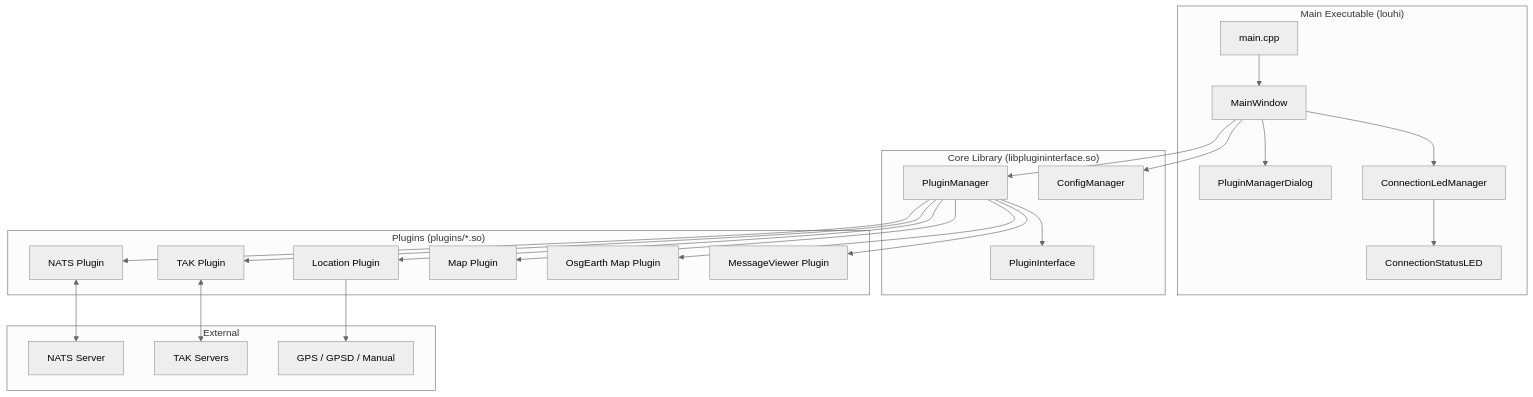
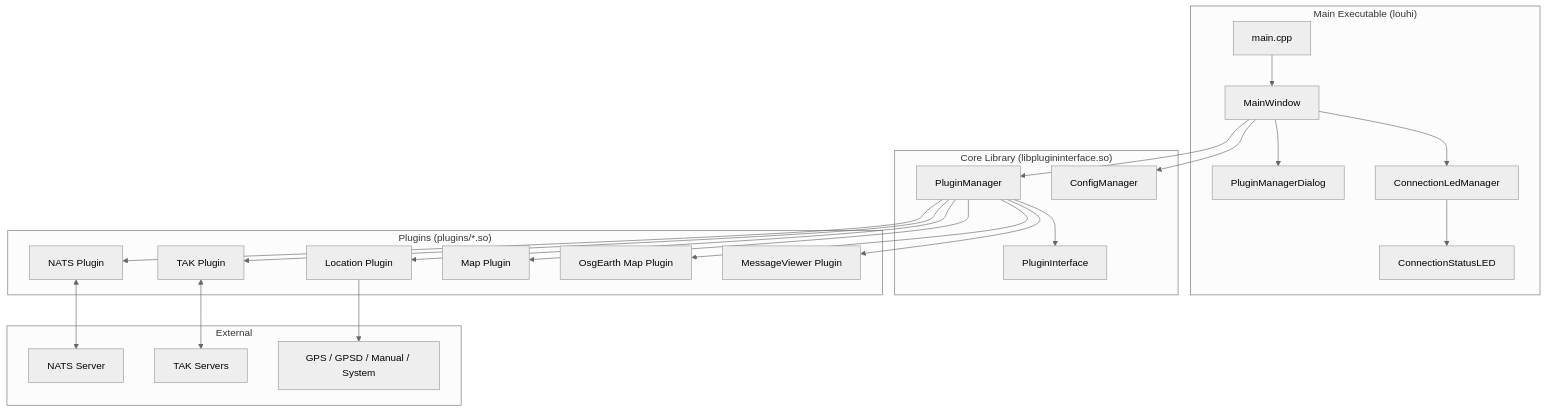
The first of 7 diagrams in docs/PROJECT_OVERVIEW.md (Project-POHJOLA/louhi), drawn with Mermaid (neutral theme) before and after one commit. The commit also changed other lines of this file and 2 other files, not shown here.

Commit message:
Update docs: system location provider, cross-platform build, Qt5::SerialPort/Positioning deps, platform-conditional RPATH and deploy

````diff
--- a/docs/PROJECT_OVERVIEW.md
+++ b/docs/PROJECT_OVERVIEW.md
@@ -17,50 +17,50 @@
 ```mermaid
 graph TB
     subgraph "Main Executable (louhi)"
         Main[main.cpp]
         MW[MainWindow]
         PMD[PluginManagerDialog]
         CLM[ConnectionLedManager]
         CSL[ConnectionStatusLED]
     end
 
     subgraph "Core Library (libplugininterface.so)"
         PI[PluginInterface]
         PM[PluginManager]
         CM[ConfigManager]
     end
 
     subgraph "Plugins (plugins/*.so)"
         NP[NATS Plugin]
         TP[TAK Plugin]
         LP[Location Plugin]
         MP[Map Plugin]
         EP[OsgEarth Map Plugin]
         MVP[MessageViewer Plugin]
     end
 
     subgraph "External"
         NATS[NATS Server]
         TAKS[TAK Servers]
-        GPS[GPS / GPSD / Manual]
+        GPS[GPS / GPSD / Manual / System]
     end
 
     Main --> MW
     MW --> PM
     MW --> CM
     MW --> PMD
     MW --> CLM
     CLM --> CSL
 
     PM --> PI
     PM --> NP
     PM --> TP
     PM --> LP
     PM --> MP
     PM --> EP
     PM --> MVP
 
     NP <--> NATS
     TP <--> TAKS
     LP --> GPS
 ```
````
